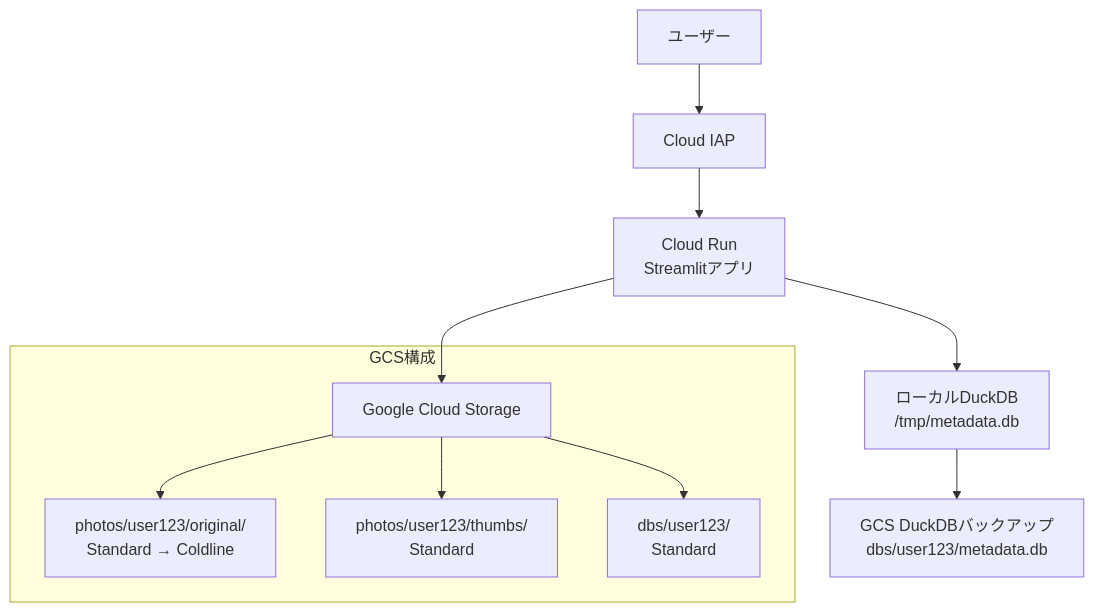
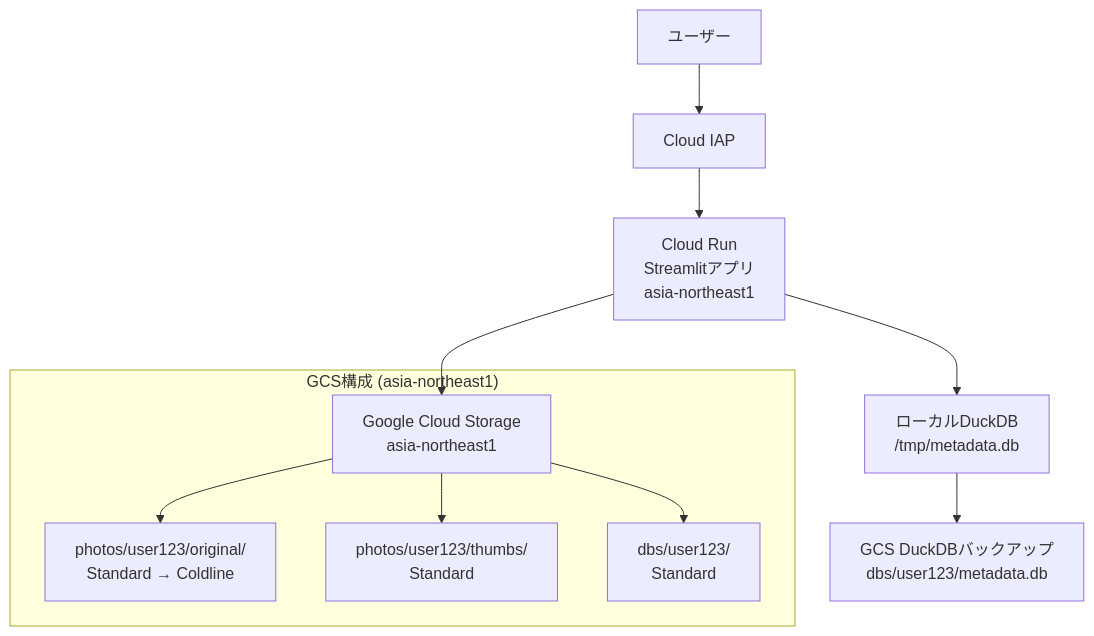
One commit to mida-hub/imgstream changed the diagram in .kiro/specs/photo-management-app/design.md. Above: the diagram before and after it, drawn with Mermaid. The commit also changed other lines of this file and 4 other files, not shown here.

````diff
--- a/.kiro/specs/photo-management-app/design.md
+++ b/.kiro/specs/photo-management-app/design.md
@@ -11,14 +11,14 @@
 ```mermaid
 graph TB
     User[ユーザー] --> IAP[Cloud IAP]
-    IAP --> CloudRun[Cloud Run<br/>Streamlitアプリ]
-    CloudRun --> GCS[Google Cloud Storage]
+    IAP --> CloudRun[Cloud Run<br/>Streamlitアプリ<br/>asia-northeast1]
+    CloudRun --> GCS[Google Cloud Storage<br/>asia-northeast1]
     CloudRun --> LocalDB[ローカルDuckDB<br/>/tmp/metadata.db]
     LocalDB --> GCSBackup[GCS DuckDBバックアップ<br/>dbs/user123/metadata.db]
     
-    subgraph "GCS構成"
+    subgraph "GCS構成 (asia-northeast1)"
         GCS --> Original[photos/user123/original/<br/>Standard → Coldline]
         GCS --> Thumbnails[photos/user123/thumbs/<br/>Standard]
         GCS --> DBFiles[dbs/user123/<br/>Standard]
     end
 ```
````
